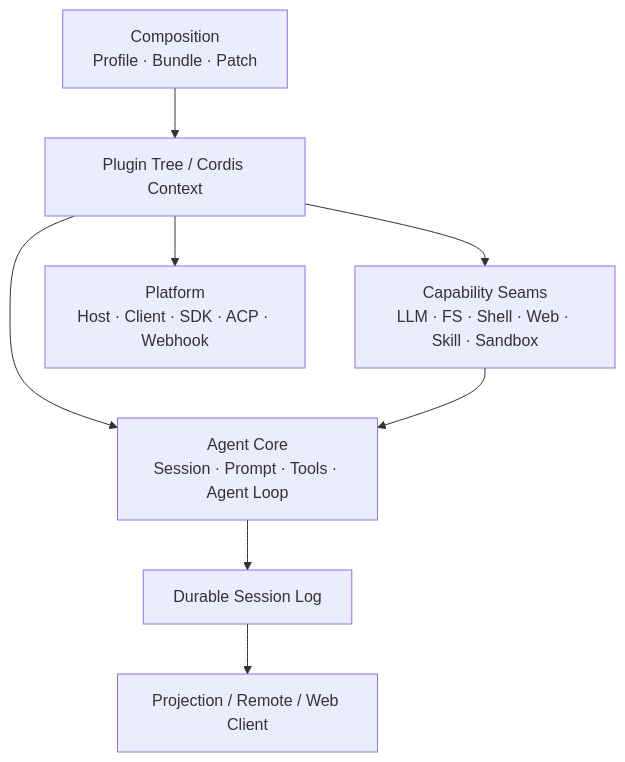
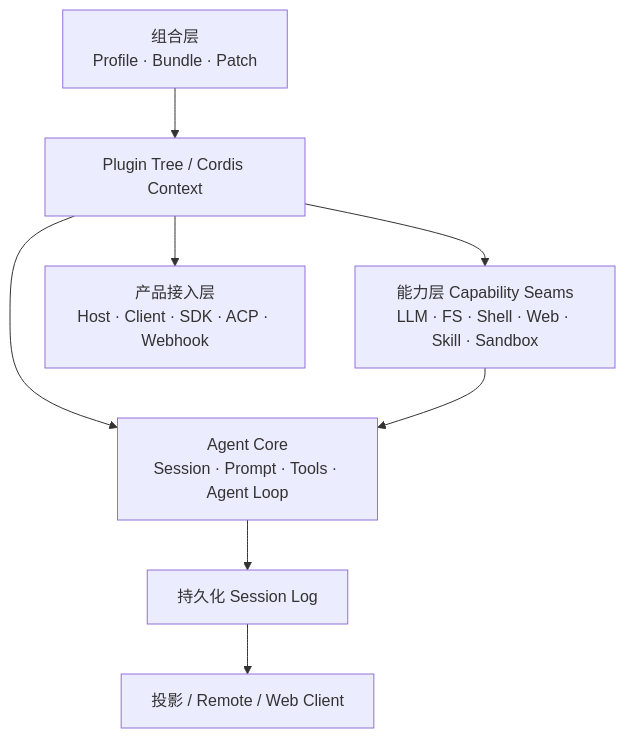
The diagram in src/react-app/content/whitepaper/v0.1.5-rc.1/00-overview.md (0326/dsh-plugin-market), drawn with Mermaid before and after one commit. The commit also changed other lines of this file, not shown here.

Commit message:
docs: localize whitepaper overview diagram

````diff
--- a/src/react-app/content/whitepaper/v0.1.5-rc.1/00-overview.md
+++ b/src/react-app/content/whitepaper/v0.1.5-rc.1/00-overview.md
@@ -29,10 +29,10 @@
 ```mermaid id=overview-platform
 flowchart TB
-  Composition[Composition\nProfile · Bundle · Patch] --> Tree[Plugin Tree / Cordis Context]
-  Tree --> Core[Agent Core\nSession · Prompt · Tools · Agent Loop]
-  Tree --> Capabilities[Capability Seams\nLLM · FS · Shell · Web · Skill · Sandbox]
-  Tree --> Platform[Platform\nHost · Client · SDK · ACP · Webhook]
-  Core --> Log[Durable Session Log]
+  Composition["组合层\nProfile · Bundle · Patch"] --> Tree["Plugin Tree / Cordis Context"]
+  Tree --> Core["Agent Core\nSession · Prompt · Tools · Agent Loop"]
+  Tree --> Capabilities["能力层 Capability Seams\nLLM · FS · Shell · Web · Skill · Sandbox"]
+  Tree --> Platform["产品接入层\nHost · Client · SDK · ACP · Webhook"]
+  Core --> Log["持久化 Session Log"]
   Capabilities --> Core
-  Log --> Client[Projection / Remote / Web Client]
+  Log --> Client["投影 / Remote / Web Client"]
 ```
````
